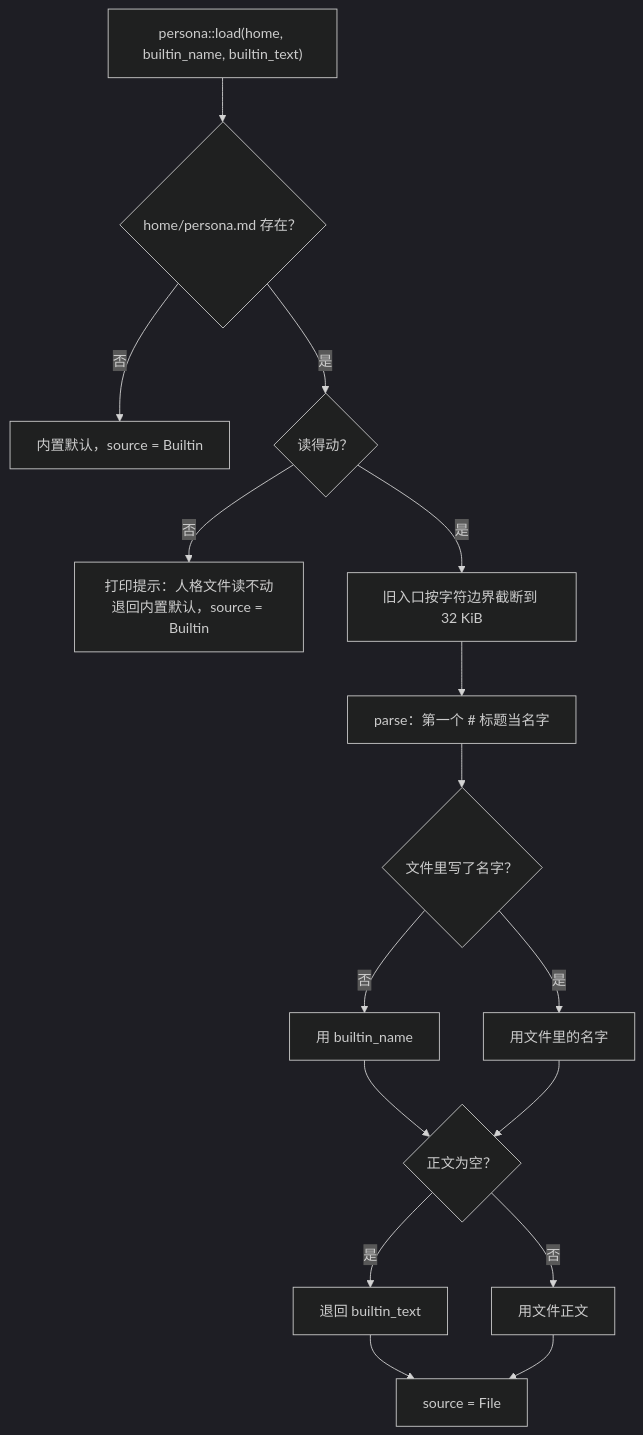
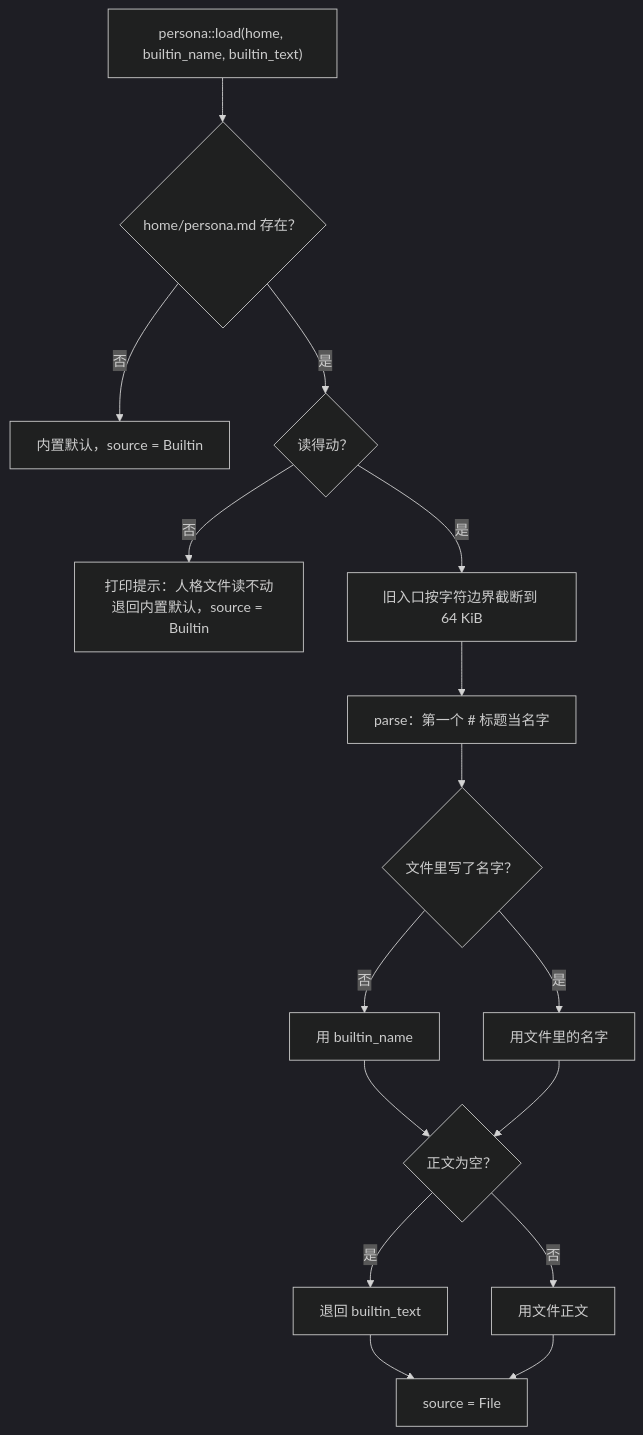
One commit to sjxbbdb/YunXi-Bot changed the second of 5 diagrams in docs/readme/03-提示词人格与记忆.md. Above: the diagram before and after it, drawn with Mermaid (dark theme). The commit also changed other lines of this file and 5 other files, not shown here.

````diff
--- a/docs/readme/03-提示词人格与记忆.md
+++ b/docs/readme/03-提示词人格与记忆.md
@@ -375,18 +375,18 @@
 ```mermaid
 flowchart TD
     S["persona::load(home, builtin_name, builtin_text)"] --> E{"home/persona.md 存在？"}
     E -- 否 --> B["内置默认，source = Builtin"]
     E -- 是 --> R{"读得动？"}
     R -- 否 --> W["打印提示：人格文件读不动<br/>退回内置默认，source = Builtin"]
-    R -- 是 --> T["旧入口按字符边界截断到 32 KiB"]
+    R -- 是 --> T["旧入口按字符边界截断到 64 KiB"]
     T --> P["parse：第一个 # 标题当名字"]
     P --> N{"文件里写了名字？"}
     N -- 否 --> BN["用 builtin_name"]
     N -- 是 --> CN["用文件里的名字"]
     BN --> BODY{"正文为空？"}
     CN --> BODY
     BODY -- 是 --> BT["退回 builtin_text"]
     BODY -- 否 --> FT["用文件正文"]
     BT --> F["source = File"]
     FT --> F
 ```
````
